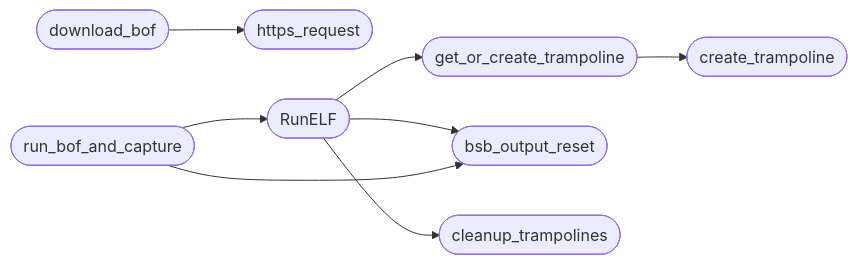
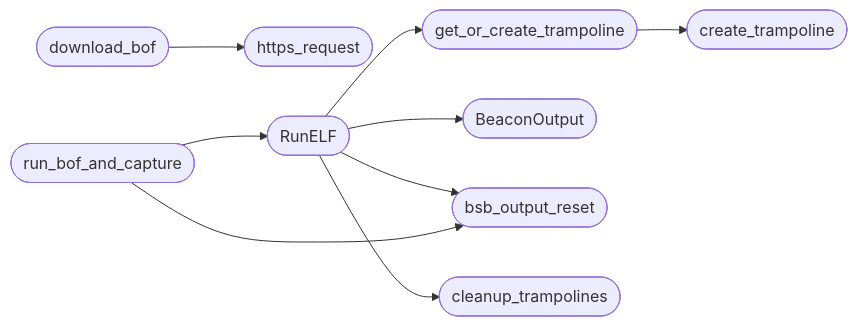
One commit to grisuno/blacksandbeacon changed the second of 2 diagrams in readmenator-apidocs/modules/include.beacon_common.c.md. Above: the diagram before and after it, drawn with Mermaid. The commit also changed other lines of this file and 380 other files, not shown here.

````diff
--- a/readmenator-apidocs/modules/include.beacon_common.c.md
+++ b/readmenator-apidocs/modules/include.beacon_common.c.md
@@ -15,18 +26,20 @@
 ```mermaid
 flowchart LR
     n_include_beacon_common_c__get_or_create_trampoline(["get_or_create_trampoline"])
     n_include_beacon_common_c__create_trampoline(["create_trampoline"])
     n_include_beacon_common_c__download_bof(["download_bof"])
     n_include_beacon_common_c__https_request(["https_request"])
     n_include_beacon_common_c__RunELF(["RunELF"])
+    n_include_beacon_common_c__BeaconOutput(["BeaconOutput"])
     n_include_beacon_common_c__bsb_output_reset(["bsb_output_reset"])
     n_include_beacon_common_c__cleanup_trampolines(["cleanup_trampolines"])
     n_include_beacon_common_c__run_bof_and_capture(["run_bof_and_capture"])
     n_include_beacon_common_c__get_or_create_trampoline --> n_include_beacon_common_c__create_trampoline
     n_include_beacon_common_c__download_bof --> n_include_beacon_common_c__https_request
+    n_include_beacon_common_c__RunELF --> n_include_beacon_common_c__BeaconOutput
     n_include_beacon_common_c__RunELF --> n_include_beacon_common_c__bsb_output_reset
     n_include_beacon_common_c__RunELF --> n_include_beacon_common_c__cleanup_trampolines
     n_include_beacon_common_c__RunELF --> n_include_beacon_common_c__get_or_create_trampoline
     n_include_beacon_common_c__run_bof_and_capture --> n_include_beacon_common_c__RunELF
     n_include_beacon_common_c__run_bof_and_capture --> n_include_beacon_common_c__bsb_output_reset
 ```
````
